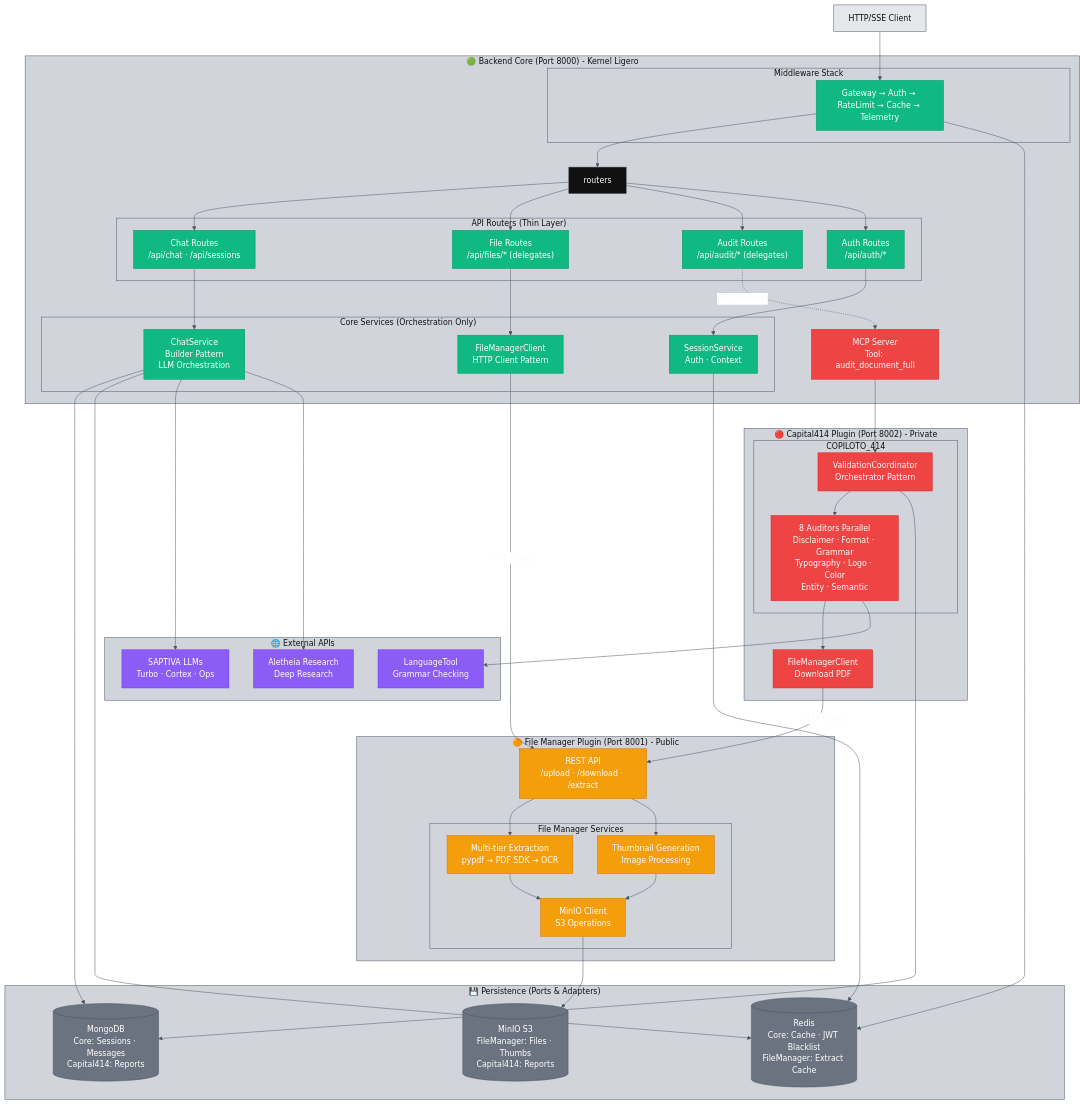
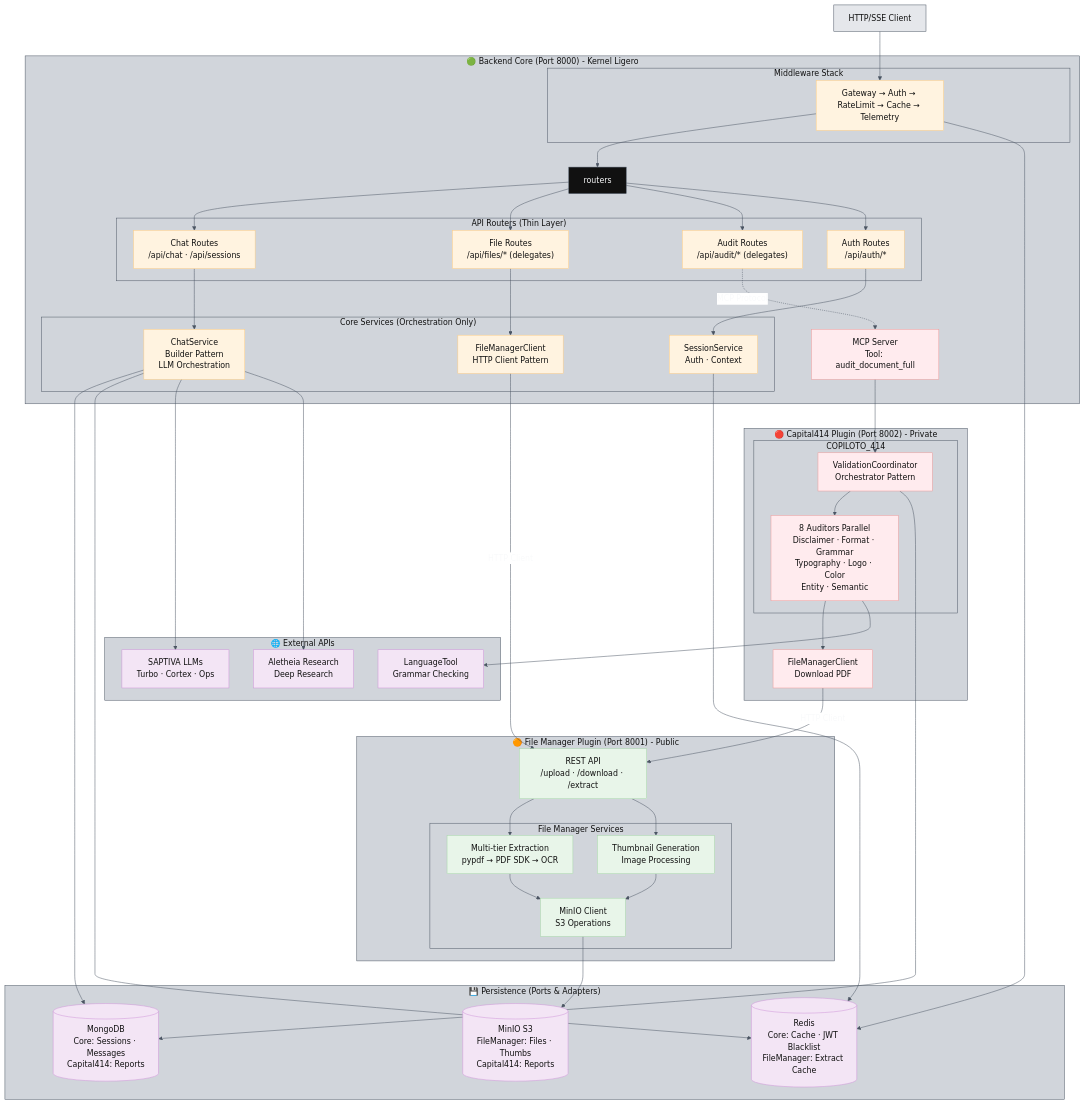
One commit to saptiva-ai/octavios-chat changed the sixth of 11 diagrams in README.md. Above: the diagram before and after it, drawn with Mermaid. The commit also changed other lines of this file, not shown here.

First line of the commit message:
docs: unify Mermaid diagram color palette to soft pastels

````diff
--- a/README.md
+++ b/README.md
@@ -1008,10 +1008,10 @@
     chat_svc --> aletheia
     auditores --> languagetool
 
-    classDef core fill:#10b981,stroke:#059669,color:#ffffff;
-    classDef plugin_public fill:#f59e0b,stroke:#d97706,color:#ffffff;
-    classDef plugin_private fill:#ef4444,stroke:#dc2626,color:#ffffff;
-    classDef external fill:#8b5cf6,stroke:#7c3aed,color:#ffffff;
-    classDef infra fill:#6b7280,stroke:#4b5563,color:#ffffff;
+    classDef core fill:#fff3e0,stroke:#ffcc80,color:#111111;
+    classDef plugin_public fill:#e8f5e9,stroke:#a5d6a7,color:#111111;
+    classDef plugin_private fill:#ffebee,stroke:#ef9a9a,color:#111111;
+    classDef external fill:#f3e5f5,stroke:#ce93d8,color:#111111;
+    classDef infra fill:#f3e5f5,stroke:#ce93d8,color:#111111;
     classDef gray fill:#e5e7eb,stroke:#4b5563,color:#111111;
 ```
````
